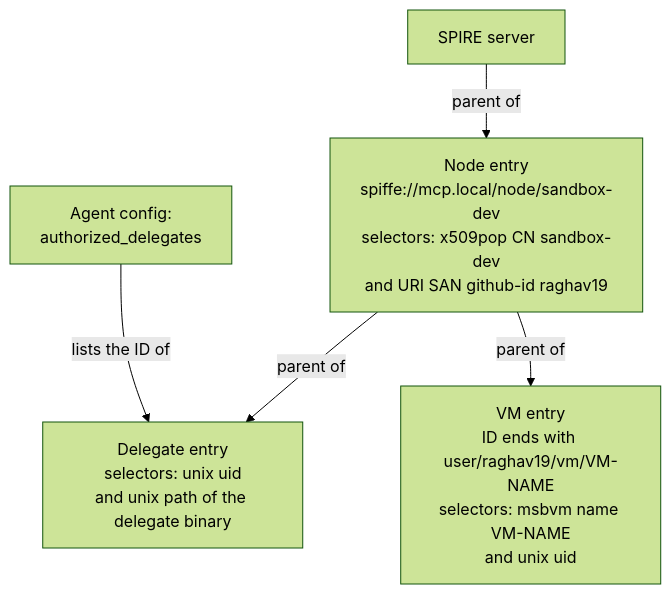
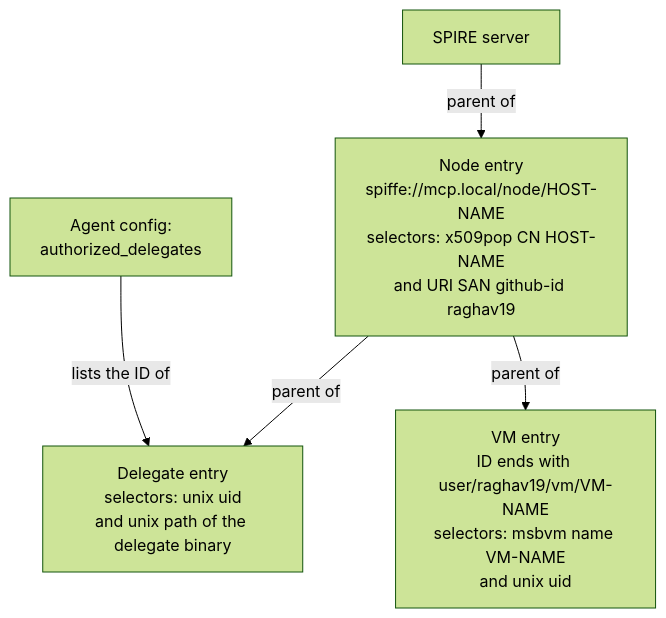
The first of 5 diagrams in code/agent-workload-identity/docs/workload-attestation.md (raghav19/engineersdaybook), drawn with Mermaid (forest theme) before and after one commit. The commit also changed other lines of this file and 14 other files, not shown here.

````diff
--- a/code/agent-workload-identity/docs/workload-attestation.md
+++ b/code/agent-workload-identity/docs/workload-attestation.md
@@ -49,7 +52,7 @@
 ```mermaid
 flowchart TD
-    srv["SPIRE server"] -->|parent of| node["Node entry<br/>spiffe://mcp.local/node/sandbox-dev<br/>selectors: x509pop CN sandbox-dev<br/>and URI SAN github-id raghav19"]
+    srv["SPIRE server"] -->|parent of| node["Node entry<br/>spiffe://mcp.local/node/HOST-NAME<br/>selectors: x509pop CN HOST-NAME<br/>and URI SAN github-id raghav19"]
     node -->|parent of| del["Delegate entry<br/>selectors: unix uid<br/>and unix path of the delegate binary"]
     node -->|parent of| vm["VM entry<br/>ID ends with user/raghav19/vm/VM-NAME<br/>selectors: msbvm name VM-NAME<br/>and unix uid"]
     cfg["Agent config:<br/>authorized_delegates"] -->|lists the ID of| del
 ```
````
